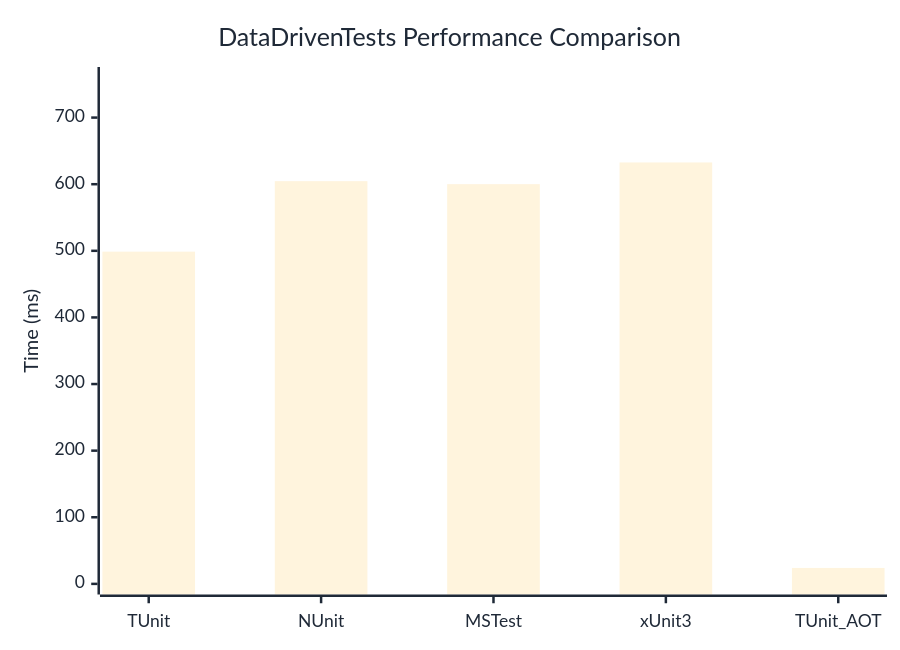
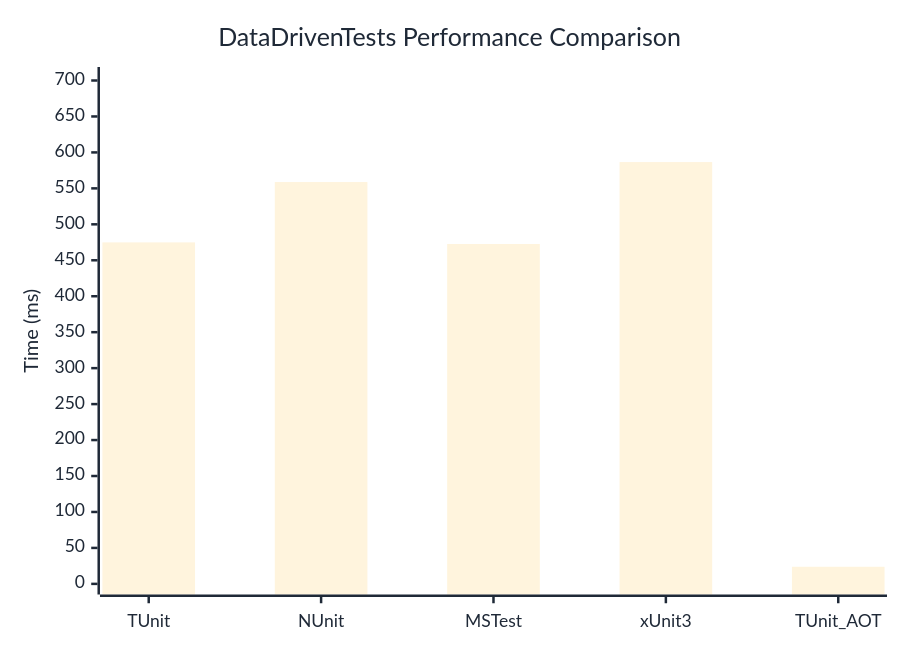
The diagram in docs/docs/benchmarks/DataDrivenTests.md (thomhurst/TUnit), drawn with Mermaid before and after one commit. The commit also changed other lines of this file and 17 other files, not shown here.

````diff
--- a/docs/docs/benchmarks/DataDrivenTests.md
+++ b/docs/docs/benchmarks/DataDrivenTests.md
@@ -27,37 +27,37 @@
 ```mermaid
 %%{init: {
   'theme':'base',
   'themeVariables': {
     'primaryColor': '#2563eb',
     'primaryTextColor': '#1f2937',
     'primaryBorderColor': '#1e40af',
     'lineColor': '#6b7280',
     'secondaryColor': '#7c3aed',
     'tertiaryColor': '#dc2626',
     'background': '#ffffff',
     'mainBkg': '#2563eb',
     'secondBkg': '#7c3aed',
     'tertiaryBkg': '#dc2626',
     'clusterBkg': '#f3f4f6',
     'edgeLabelBackground': '#ffffff',
     'tertiaryTextColor': '#1f2937',
     'pie1': '#2563eb',
     'pie2': '#7c3aed',
     'pie3': '#dc2626',
     'pie4': '#f59e0b',
     'pie5': '#10b981',
     'pie6': '#06b6d4',
     'pie7': '#ec4899',
     'pie8': '#6366f1',
     'pie9': '#84cc16',
     'pie10': '#f97316',
     'pie11': '#14b8a6',
     'pie12': '#a855f7'
   }
 }}%%
 xychart-beta
   title "DataDrivenTests Performance Comparison"
   x-axis ["TUnit", "NUnit", "MSTest", "xUnit3", "TUnit_AOT"]
-  y-axis "Time (ms)" 0 --> 760
-  bar [498.76, 604.56, 600.08, 632.64, 23.94]
+  y-axis "Time (ms)" 0 --> 704
+  bar [474.87, 558.78, 472.66, 586.55, 23.81]
 ```
````
